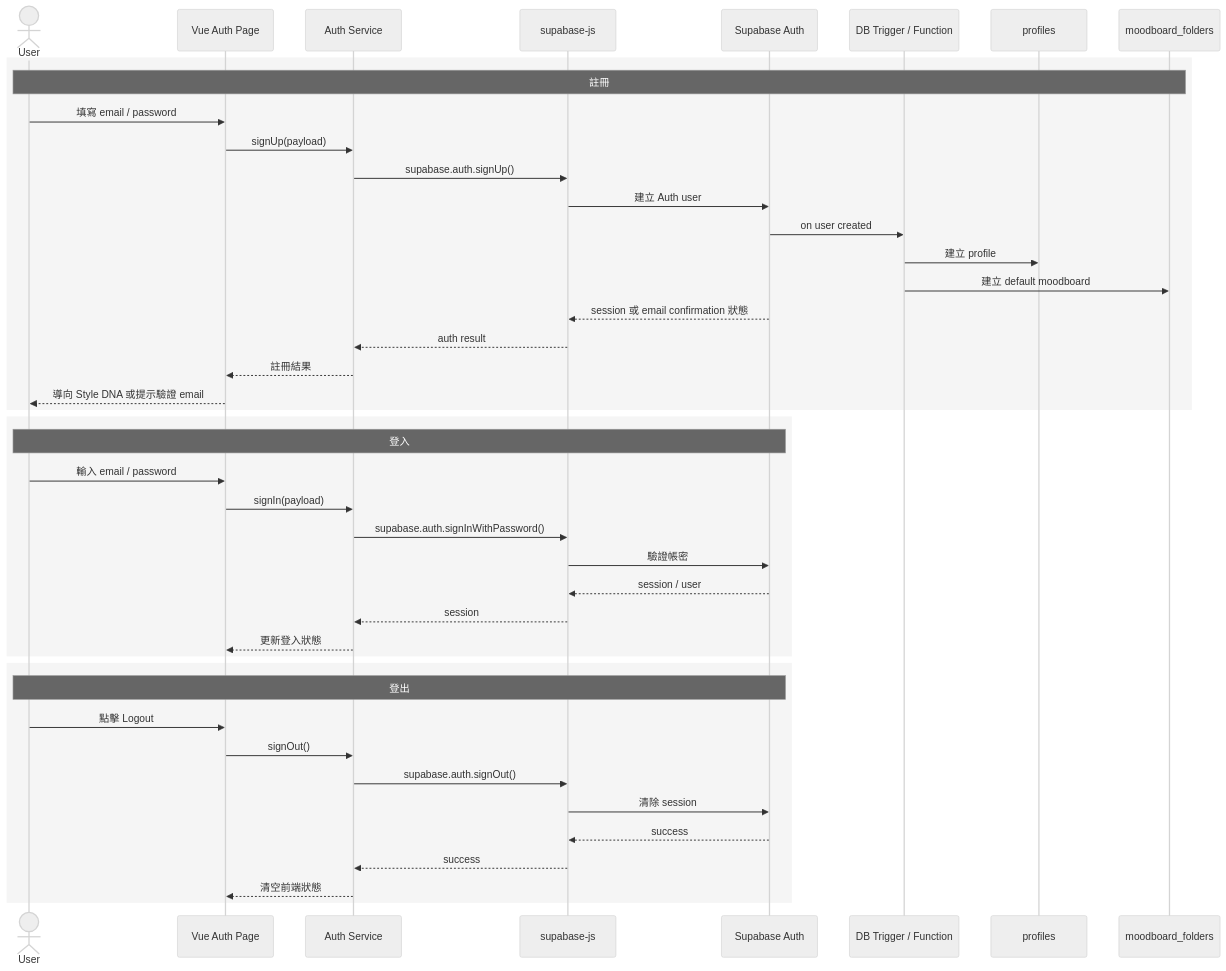
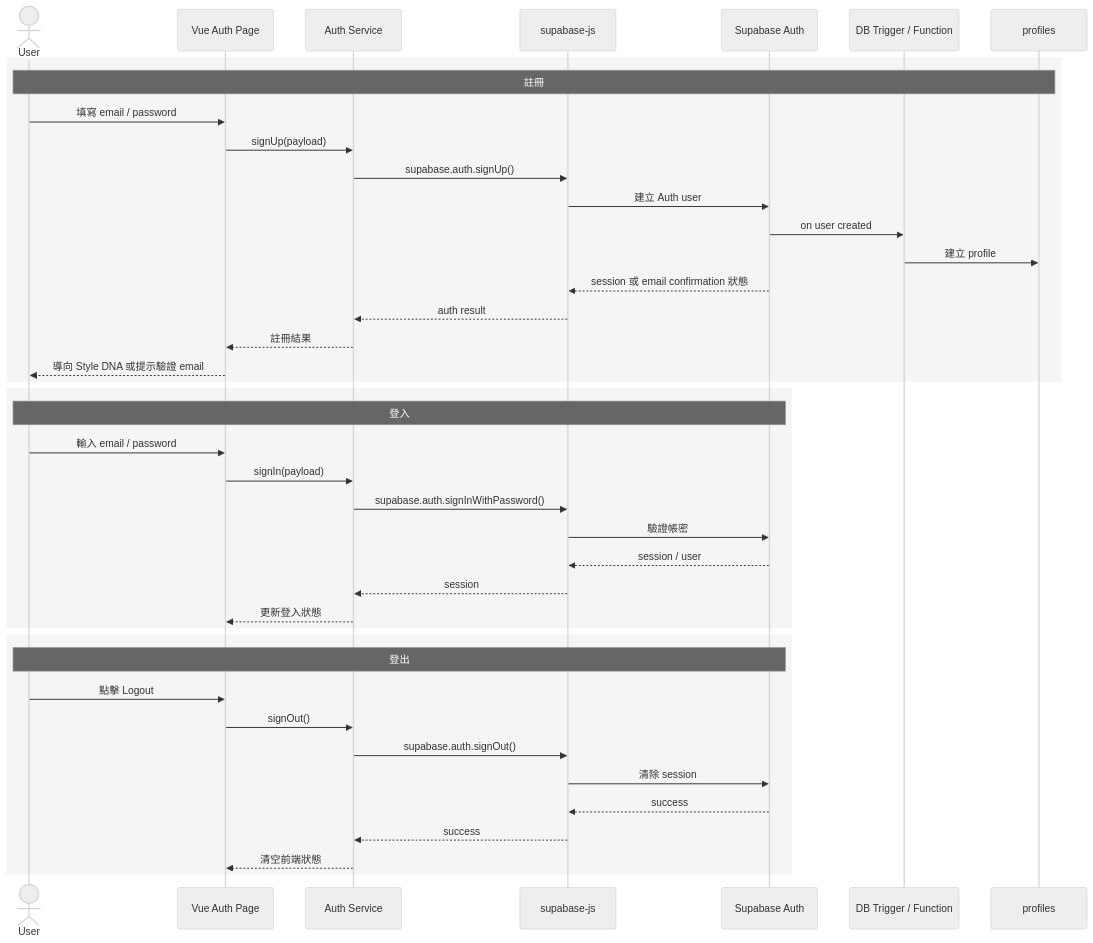
The second of 6 diagrams in docs/asterism-backend-flows.md (asterism-studio/asterism-backend), drawn with Mermaid (neutral theme) before and after one commit. The commit also changed other lines of this file and 2 other files, not shown here.

Commit message:
feat(docs): 更新後端架構與功能流程文件，新增顧問預約金流整合決策文件
- todo: 精簡化或拆分顧問預約金流整合決策文件，避免內文雜亂

````diff
--- a/docs/asterism-backend-flows.md
+++ b/docs/asterism-backend-flows.md
@@ -90,48 +88,46 @@
 ```mermaid
 sequenceDiagram
   actor User as User
   participant Page as Vue Auth Page
   participant Service as Auth Service
   participant Client as supabase-js
   participant Auth as Supabase Auth
   participant Trigger as DB Trigger / Function
   participant Profiles as profiles
-  participant Moodboards as moodboard_folders
 
   rect rgb(245, 245, 245)
-    note over User,Moodboards: 註冊
+    note over User,Profiles: 註冊
     User->>Page: 填寫 email / password
     Page->>Service: signUp(payload)
     Service->>Client: supabase.auth.signUp()
     Client->>Auth: 建立 Auth user
     Auth->>Trigger: on user created
     Trigger->>Profiles: 建立 profile
-    Trigger->>Moodboards: 建立 default moodboard
     Auth-->>Client: session 或 email confirmation 狀態
     Client-->>Service: auth result
     Service-->>Page: 註冊結果
     Page-->>User: 導向 Style DNA 或提示驗證 email
   end
 
   rect rgb(245, 245, 245)
     note over User,Auth: 登入
     User->>Page: 輸入 email / password
     Page->>Service: signIn(payload)
     Service->>Client: supabase.auth.signInWithPassword()
     Client->>Auth: 驗證帳密
     Auth-->>Client: session / user
     Client-->>Service: session
     Service-->>Page: 更新登入狀態
   end
 
   rect rgb(245, 245, 245)
     note over User,Auth: 登出
     User->>Page: 點擊 Logout
     Page->>Service: signOut()
     Service->>Client: supabase.auth.signOut()
     Client->>Auth: 清除 session
     Auth-->>Client: success
     Client-->>Service: success
     Service-->>Page: 清空前端狀態
   end
 ```
````
